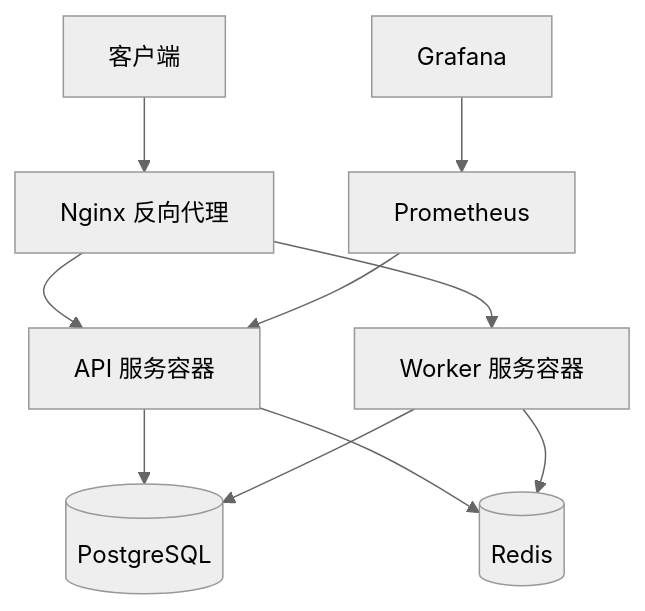
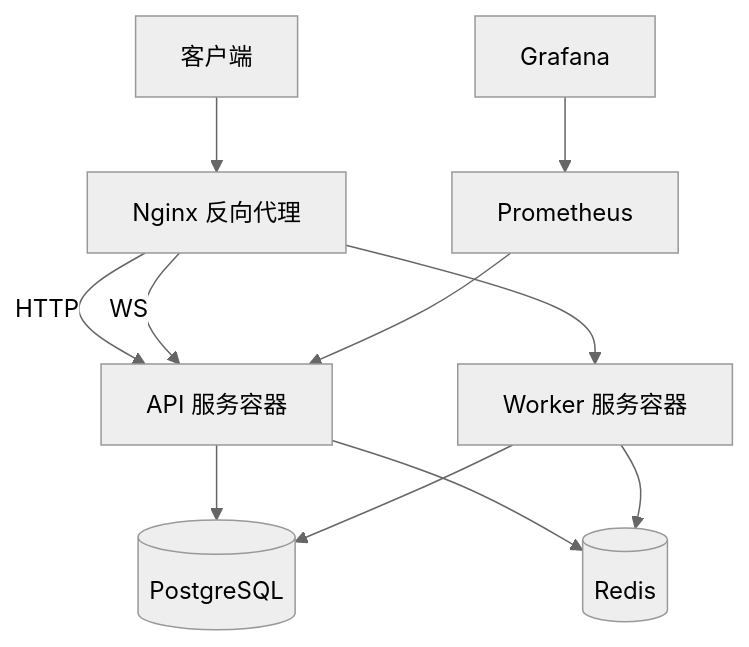
The diagram in docs/backend/deployment/DOCKER_DEPLOYMENT.md (shenfay/go-react-admin), drawn with Mermaid (neutral theme) before and after one commit. The commit also changed other lines of this file and 7 other files, not shown here.

````diff
--- a/docs/backend/deployment/DOCKER_DEPLOYMENT.md
+++ b/docs/backend/deployment/DOCKER_DEPLOYMENT.md
@@ -18,14 +18,15 @@
 ```mermaid
 graph TB
     Client[客户端] --> Nginx[Nginx 反向代理]
-    Nginx --> API[API 服务容器]
+    Nginx -->|HTTP| API[API 服务容器]
+    Nginx -->|WS| API
     Nginx --> Worker[Worker 服务容器]
     
     API --> PostgreSQL[(PostgreSQL)]
     API --> Redis[(Redis)]
     Worker --> PostgreSQL
     Worker --> Redis
     
     Prometheus[Prometheus] --> API
     Grafana[Grafana] --> Prometheus
 ```
````
